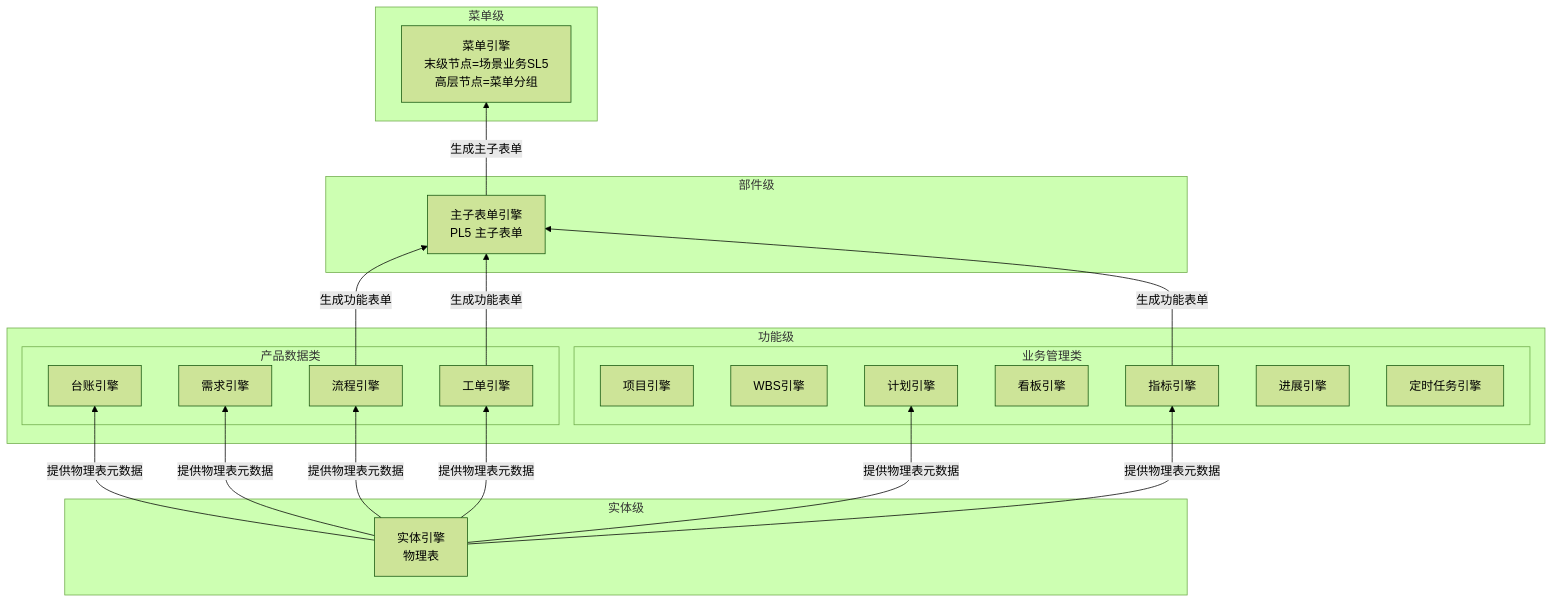
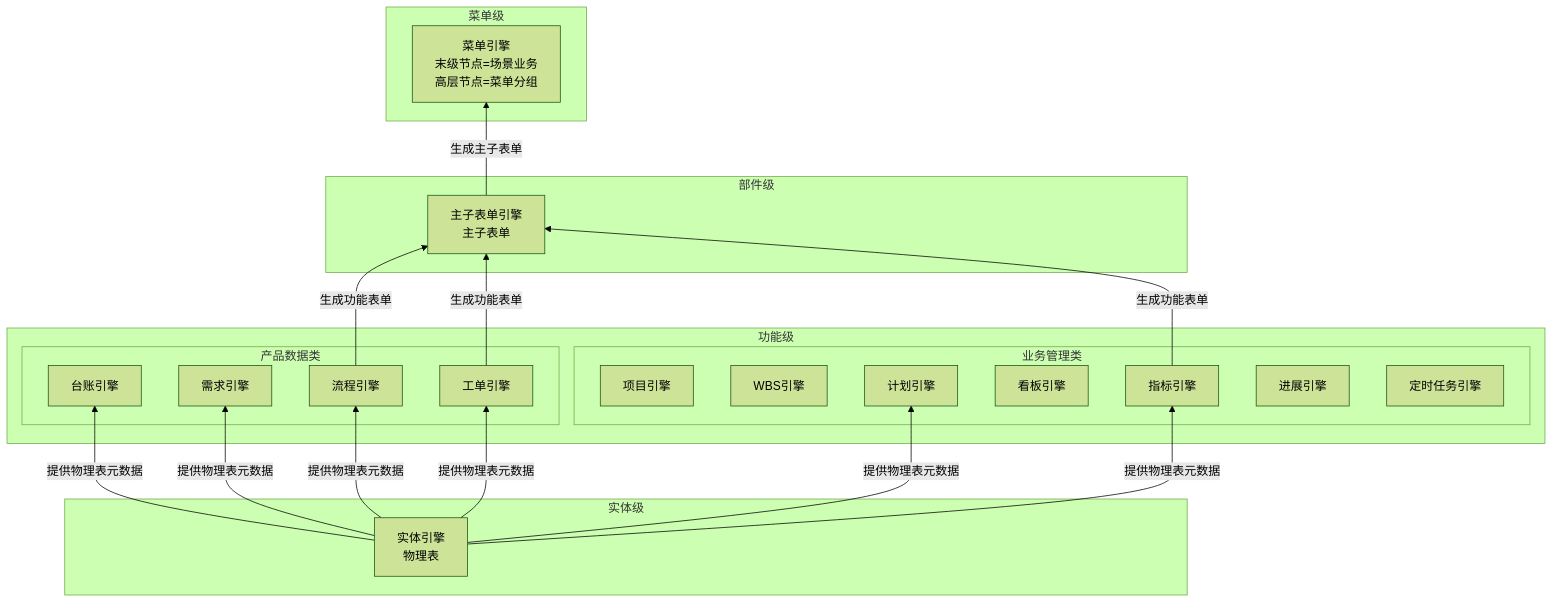
One commit to Yongjunzhou/AOS-system-design changed the diagram in 20-pl4eos/80-pl4eos-2-eosdata/25-eos-engine-models.md. Above: the diagram before and after it, drawn with Mermaid (forest theme). The commit also changed other lines of this file, not shown here.

````diff
--- a/20-pl4eos/80-pl4eos-2-eosdata/25-eos-engine-models.md
+++ b/20-pl4eos/80-pl4eos-2-eosdata/25-eos-engine-models.md
@@ -41,39 +43,39 @@
 ```mermaid
 graph BT
   subgraph 实体级
     ENTITY[实体引擎<br/>物理表]
   end
   subgraph 功能级
     subgraph 产品数据类
       LEDGER[台账引擎]
       REQ[需求引擎]
       FLOW[流程引擎]
       WO[工单引擎]
     end
     subgraph 业务管理类
       PROJ[项目引擎]
       WBS[WBS引擎]
       TASK[计划引擎]
       KANBAN[看板引擎]
       IND[指标引擎]
       PROG[进展引擎]
       SCH[定时任务引擎]
     end
   end
   subgraph 部件级
-    COMP[主子表单引擎<br/>PL5 主子表单]
+    COMP[主子表单引擎<br/>主子表单]
   end
   subgraph 菜单级
-    MENU[菜单引擎<br/>末级节点=场景业务SL5<br/>高层节点=菜单分组]
+    MENU[菜单引擎<br/>末级节点=场景业务<br/>高层节点=菜单分组]
   end
   ENTITY -->|提供物理表元数据| FLOW
   ENTITY -->|提供物理表元数据| WO
   ENTITY -->|提供物理表元数据| LEDGER
   ENTITY -->|提供物理表元数据| REQ
   ENTITY -->|提供物理表元数据| IND
   ENTITY -->|提供物理表元数据| TASK
   FLOW -->|生成功能表单| COMP
   WO -->|生成功能表单| COMP
   IND -->|生成功能表单| COMP
   COMP -->|生成主子表单| MENU
 ```
````
